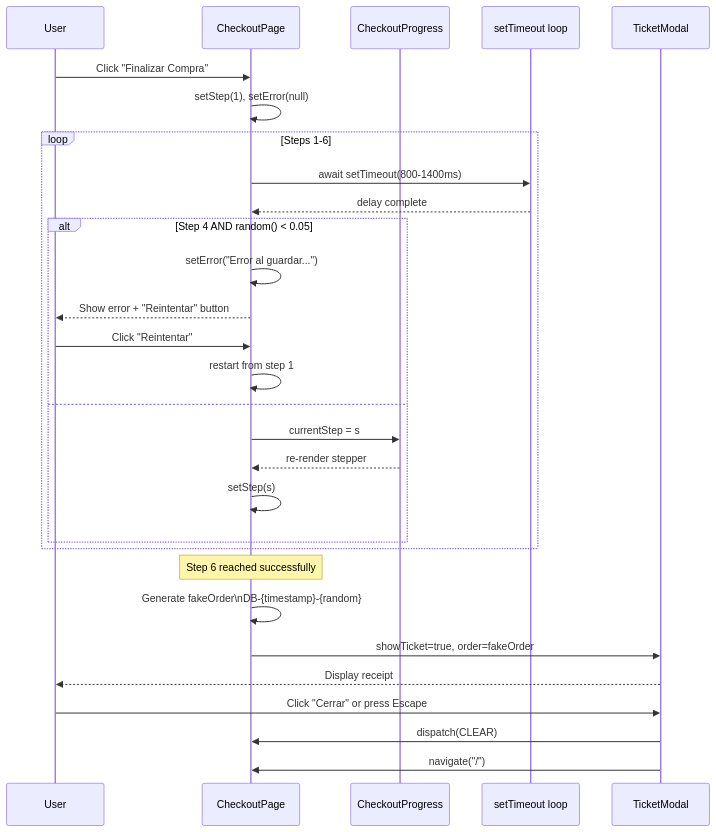
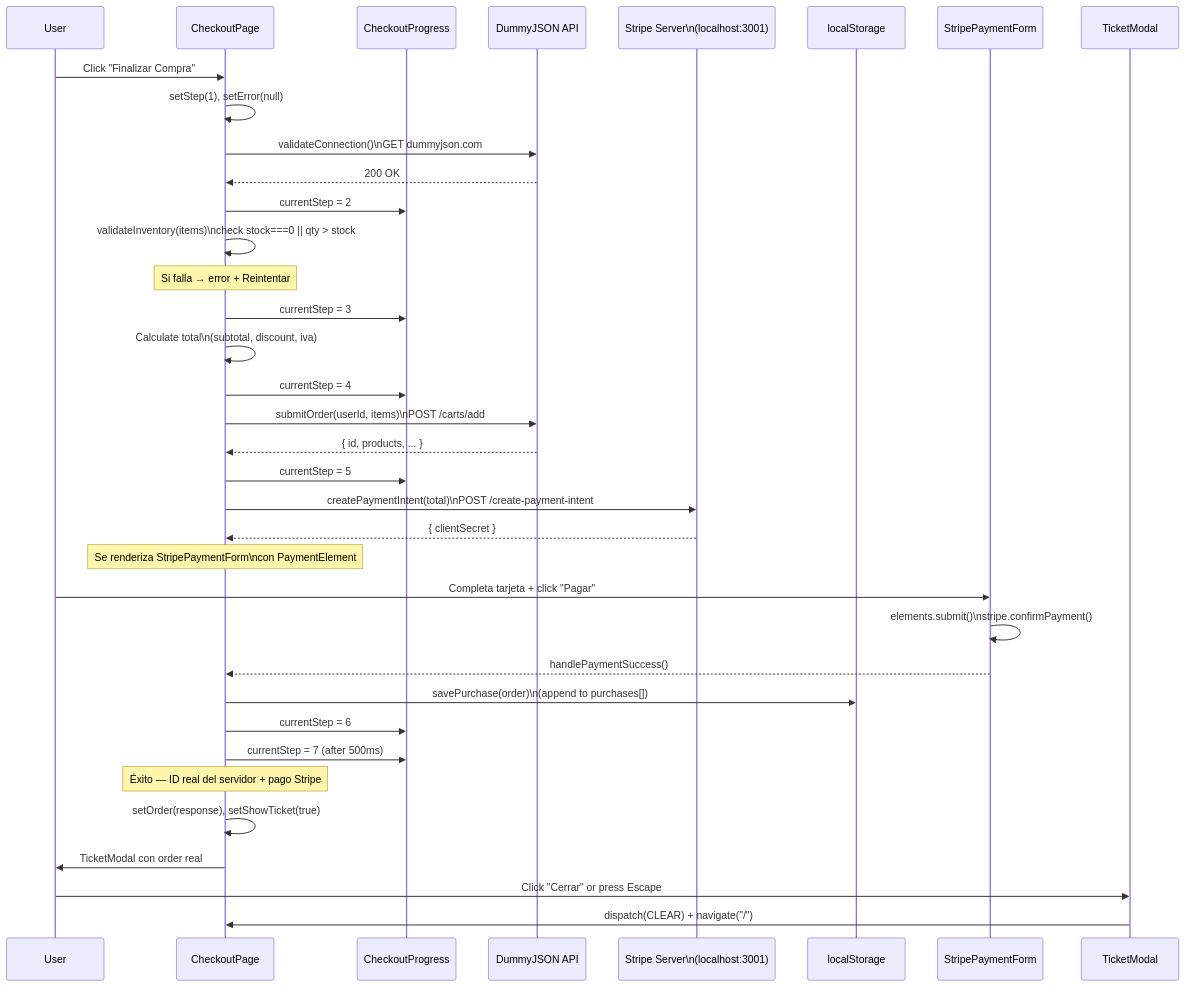
One commit to EzequielCDeveloper/app-asyncs-aurelio changed the third of 5 diagrams in docs/FLOWS.md. Above: the diagram before and after it, drawn with Mermaid. The commit also changed other lines of this file and 28 other files, not shown here.

````diff
--- a/docs/FLOWS.md
+++ b/docs/FLOWS.md
@@ -773,37 +981,48 @@
 ```mermaid
 sequenceDiagram
     participant User
     participant CheckoutPage
     participant CheckoutProgress
-    participant Timer as setTimeout loop
-    participant TicketModal
+    participant API as DummyJSON API
+    participant StripeServer as Stripe Server\n(localhost:3001)
+    participant localStorage
 
     User->>CheckoutPage: Click "Finalizar Compra"
     CheckoutPage->>CheckoutPage: setStep(1), setError(null)
 
-    loop Steps 1-6
-        CheckoutPage->>Timer: await setTimeout(800-1400ms)
-        Timer-->>CheckoutPage: delay complete
+    CheckoutPage->>API: validateConnection()\nGET dummyjson.com
+    API-->>CheckoutPage: 200 OK
+    CheckoutPage->>CheckoutProgress: currentStep = 2
 
-        alt Step 4 AND random() < 0.05
-            CheckoutPage->>CheckoutPage: setError("Error al guardar...")
-            CheckoutPage-->>User: Show error + "Reintentar" button
-            User->>CheckoutPage: Click "Reintentar"
-            CheckoutPage->>CheckoutPage: restart from step 1
-        else
-            CheckoutPage->>CheckoutProgress: currentStep = s
-            CheckoutProgress-->>CheckoutPage: re-render stepper
-            CheckoutPage->>CheckoutPage: setStep(s)
-        end
-    end
+    CheckoutPage->>CheckoutPage: validateInventory(items)\ncheck stock===0 || qty > stock
+    Note over CheckoutPage: Si falla → error + Reintentar
+    CheckoutPage->>CheckoutProgress: currentStep = 3
 
-    Note over CheckoutPage: Step 6 reached successfully
+    CheckoutPage->>CheckoutPage: Calculate total\n(subtotal, discount, iva)
+    CheckoutPage->>CheckoutProgress: currentStep = 4
 
-    CheckoutPage->>CheckoutPage: Generate fakeOrder\nDB-{timestamp}-{random}
-    CheckoutPage->>TicketModal: showTicket=true, order=fakeOrder
-    TicketModal-->>User: Display receipt
+    CheckoutPage->>API: submitOrder(userId, items)\nPOST /carts/add
+    API-->>CheckoutPage: { id, products, ... }
+    CheckoutPage->>CheckoutProgress: currentStep = 5
+
+    CheckoutPage->>StripeServer: createPaymentIntent(total)\nPOST /create-payment-intent
+    StripeServer-->>CheckoutPage: { clientSecret }
+    Note over CheckoutPage: Se renderiza StripePaymentForm\ncon PaymentElement
+
+    User->>StripePaymentForm: Completa tarjeta + click "Pagar"
+    StripePaymentForm->>StripePaymentForm: elements.submit()\nstripe.confirmPayment()
+    StripePaymentForm-->>CheckoutPage: handlePaymentSuccess()
+
+    CheckoutPage->>localStorage: savePurchase(order)\n(append to purchases[])
+    CheckoutPage->>CheckoutProgress: currentStep = 6
+
+    CheckoutPage->>CheckoutProgress: currentStep = 7 (after 500ms)
+
+    Note over CheckoutPage: Éxito — ID real del servidor + pago Stripe
+
+    CheckoutPage->>CheckoutPage: setOrder(response), setShowTicket(true)
+    CheckoutPage->>User: TicketModal con order real
 
     User->>TicketModal: Click "Cerrar" or press Escape
-    TicketModal->>CheckoutPage: dispatch(CLEAR)
-    TicketModal->>CheckoutPage: navigate("/")
+    TicketModal->>CheckoutPage: dispatch(CLEAR) + navigate("/")
 ```
````
